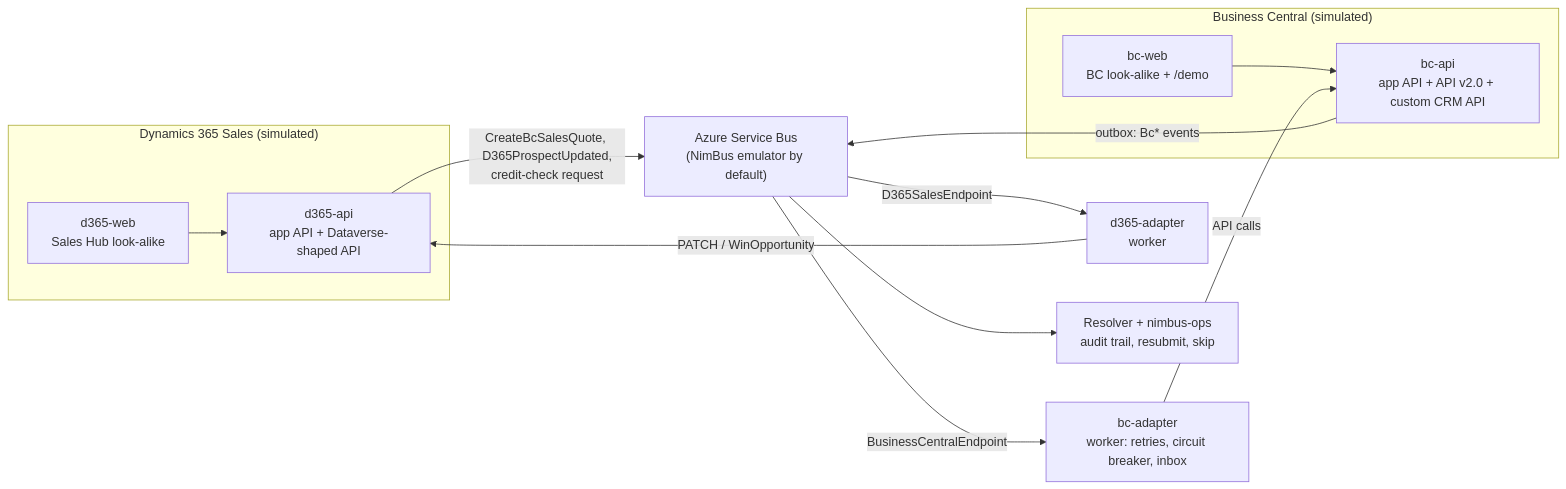
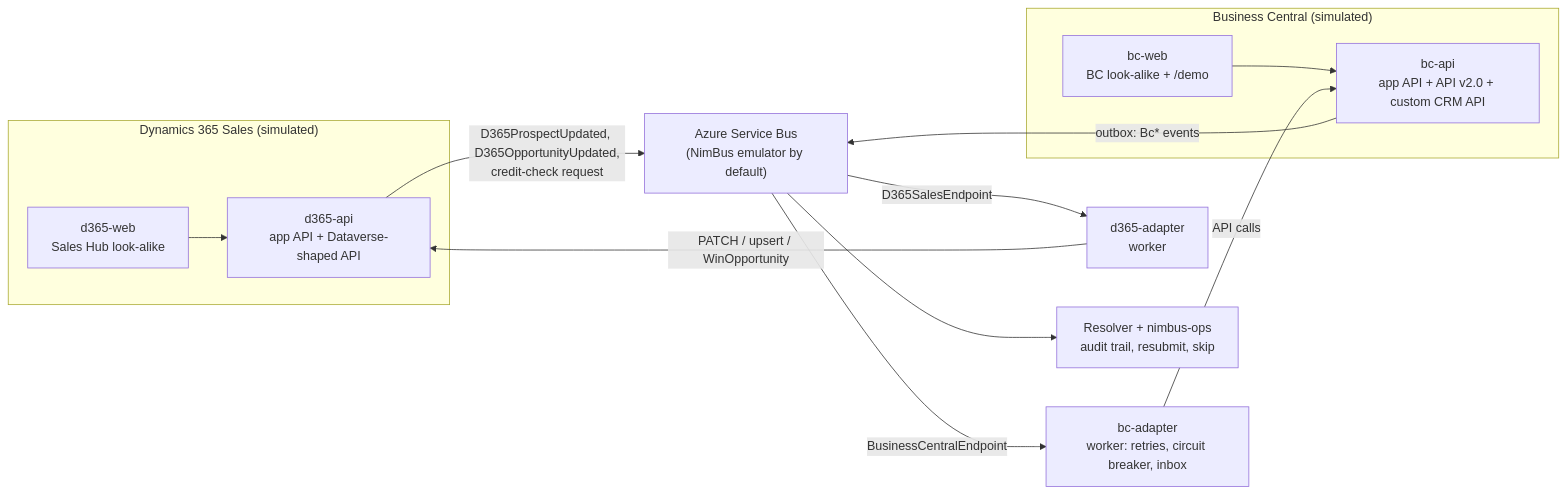
Before and after one commit to ErikEJ/NimBus: the second of 3 diagrams in samples/DynamicsBcDemo/README.md, drawn with Mermaid. The commit also changed other lines of this file and 96 other files, not shown here.

````diff
--- a/samples/DynamicsBcDemo/README.md
+++ b/samples/DynamicsBcDemo/README.md
@@ -46,21 +63,21 @@
 ```mermaid
 graph LR
     subgraph d365["Dynamics 365 Sales (simulated)"]
         d365web["d365-web<br/>Sales Hub look-alike"] --> d365api["d365-api<br/>app API + Dataverse-shaped API"]
     end
     subgraph bc["Business Central (simulated)"]
         bcweb["bc-web<br/>BC look-alike + /demo"] --> bcapi["bc-api<br/>app API + API v2.0 + custom CRM API"]
     end
     sb["Azure Service Bus<br/>(NimBus emulator by default)"]
     bcad["bc-adapter<br/>worker: retries, circuit breaker, inbox"]
     d365ad["d365-adapter<br/>worker"]
     ops["Resolver + nimbus-ops<br/>audit trail, resubmit, skip"]
 
-    d365api -->|"CreateBcSalesQuote, D365ProspectUpdated,<br/>credit-check request"| sb
+    d365api -->|"D365ProspectUpdated, D365OpportunityUpdated,<br/>credit-check request"| sb
     sb -->|BusinessCentralEndpoint| bcad
     bcad -->|"API calls"| bcapi
     bcapi -->|"outbox: Bc* events"| sb
     sb -->|D365SalesEndpoint| d365ad
-    d365ad -->|"PATCH / WinOpportunity"| d365api
+    d365ad -->|"PATCH / upsert / WinOpportunity"| d365api
     sb --> ops
 ```
````
